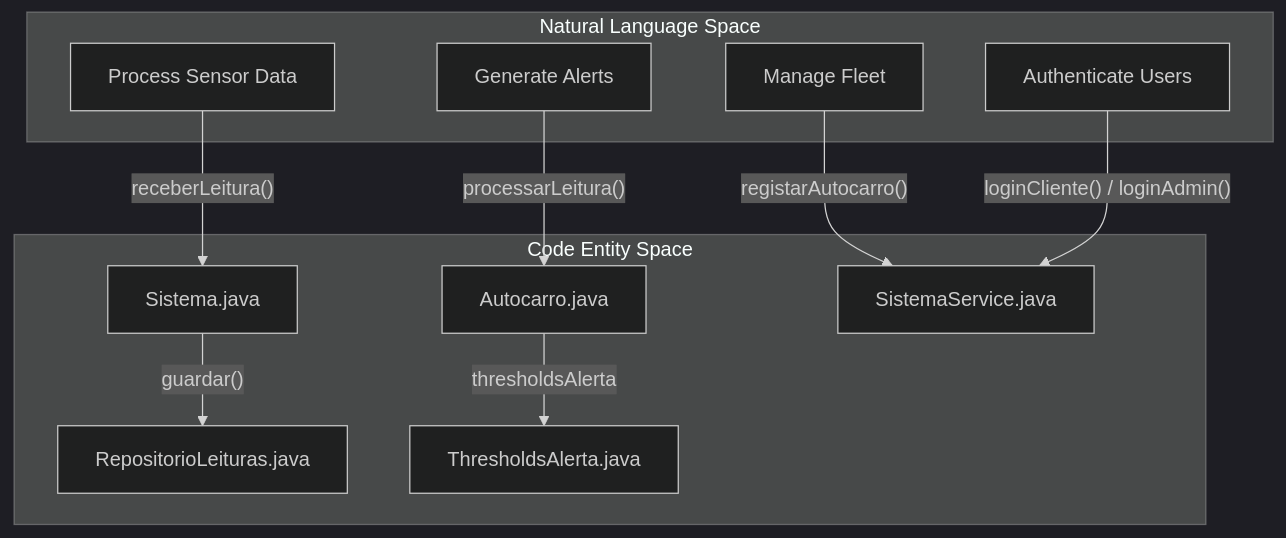
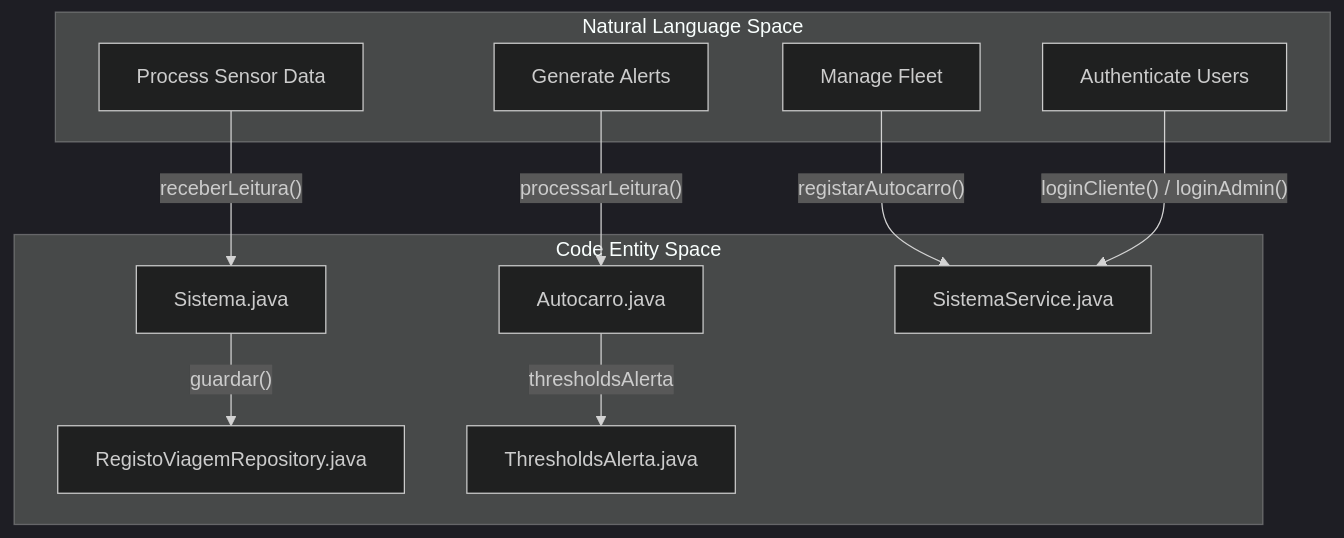
Before and after one commit to afonso4machado-a11y/pgu-tub-dai: the first of 2 diagrams in Wiki/05-Logica-de-Negocio.md, drawn with Mermaid (dark theme). The commit also changed other lines of this file and 8 other files, not shown here.

Commit message:
docs: update wiki files with new package names and add simple + technical explanations to all diagrams

````diff
--- a/Wiki/05-Logica-de-Negocio.md
+++ b/Wiki/05-Logica-de-Negocio.md
@@ -14,18 +12,18 @@
 ```mermaid
 graph TD
  subgraph "Natural Language Space"
  A["Process Sensor Data"]
  B["Generate Alerts"]
  C["Manage Fleet"]
  D["Authenticate Users"]
  end
 
  subgraph "Code Entity Space"
  A --> |"receberLeitura()"| E["Sistema.java"]
  B --> |"processarLeitura()"| F["Autocarro.java"]
  C --> |"registarAutocarro()"| G["SistemaService.java"]
  D --> |"loginCliente() / loginAdmin()"| G
- E --> |"guardar()"| H["RepositorioLeituras.java"]
+ E --> |"guardar()"| H["RegistoViagemRepository.java"]
  F --> |"thresholdsAlerta"| I["ThresholdsAlerta.java"]
  end
 ```
````
